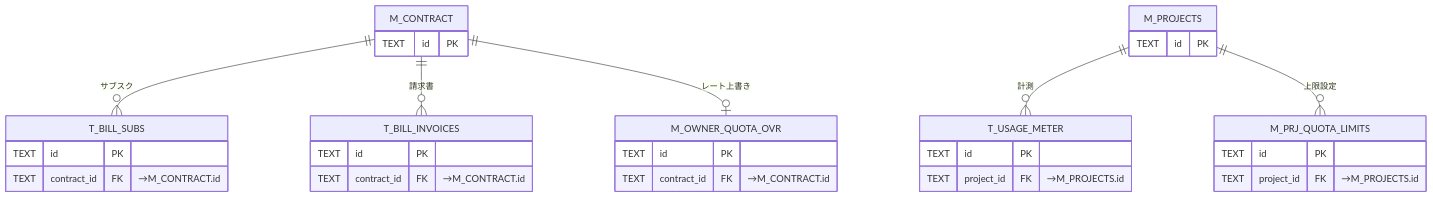
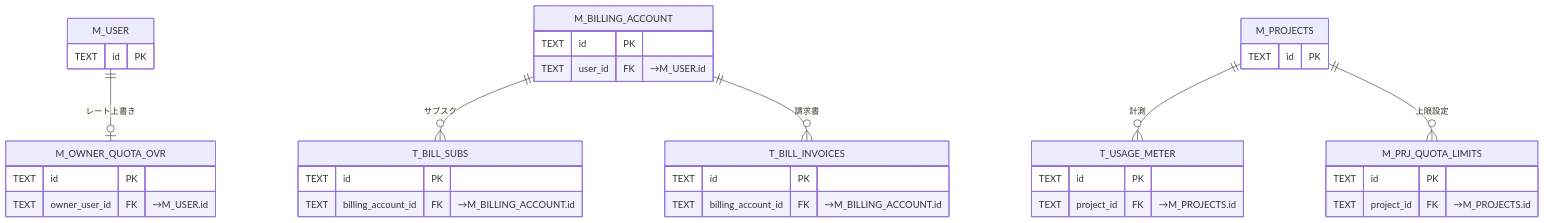
The ninth of 12 diagrams in 02_basic_design/02_backend/04_database/index.md (sikakou54/open-faq), drawn with Mermaid before and after one commit. The commit also changed other lines of this file and 294 other files, not shown here.

````diff
--- a/02_basic_design/02_backend/04_database/index.md
+++ b/02_basic_design/02_backend/04_database/index.md
@@ -245,20 +245,22 @@
 ```mermaid
 erDiagram
-  M_CONTRACT { TEXT id PK }
+  M_USER { TEXT id PK }
+  M_BILLING_ACCOUNT { TEXT id PK
+    TEXT user_id FK "→M_USER.id" }
   M_PROJECTS { TEXT id PK }
   T_BILL_SUBS { TEXT id PK
-    TEXT contract_id FK "→M_CONTRACT.id" }
+    TEXT billing_account_id FK "→M_BILLING_ACCOUNT.id" }
   T_BILL_INVOICES { TEXT id PK
-    TEXT contract_id FK "→M_CONTRACT.id" }
+    TEXT billing_account_id FK "→M_BILLING_ACCOUNT.id" }
   T_USAGE_METER { TEXT id PK
     TEXT project_id FK "→M_PROJECTS.id" }
   M_PRJ_QUOTA_LIMITS { TEXT id PK
     TEXT project_id FK "→M_PROJECTS.id" }
   M_OWNER_QUOTA_OVR { TEXT id PK
-    TEXT contract_id FK "→M_CONTRACT.id" }
-  M_CONTRACT ||--o{ T_BILL_SUBS : "サブスク"
-  M_CONTRACT ||--o{ T_BILL_INVOICES : "請求書"
+    TEXT owner_user_id FK "→M_USER.id" }
+  M_BILLING_ACCOUNT ||--o{ T_BILL_SUBS : "サブスク"
+  M_BILLING_ACCOUNT ||--o{ T_BILL_INVOICES : "請求書"
   M_PROJECTS ||--o{ T_USAGE_METER : "計測"
   M_PROJECTS ||--o{ M_PRJ_QUOTA_LIMITS : "上限設定"
-  M_CONTRACT ||--o| M_OWNER_QUOTA_OVR : "レート上書き"
+  M_USER ||--o| M_OWNER_QUOTA_OVR : "レート上書き"
 ```
````
